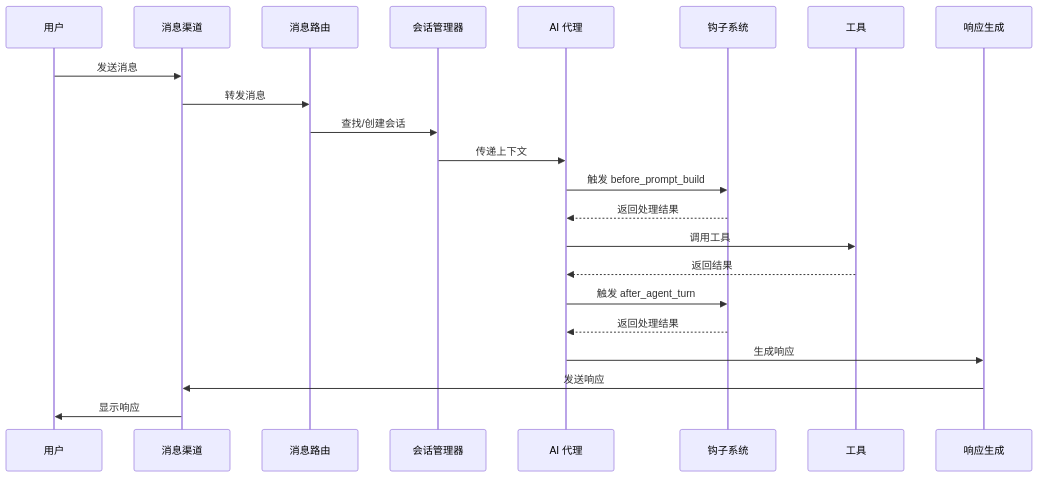
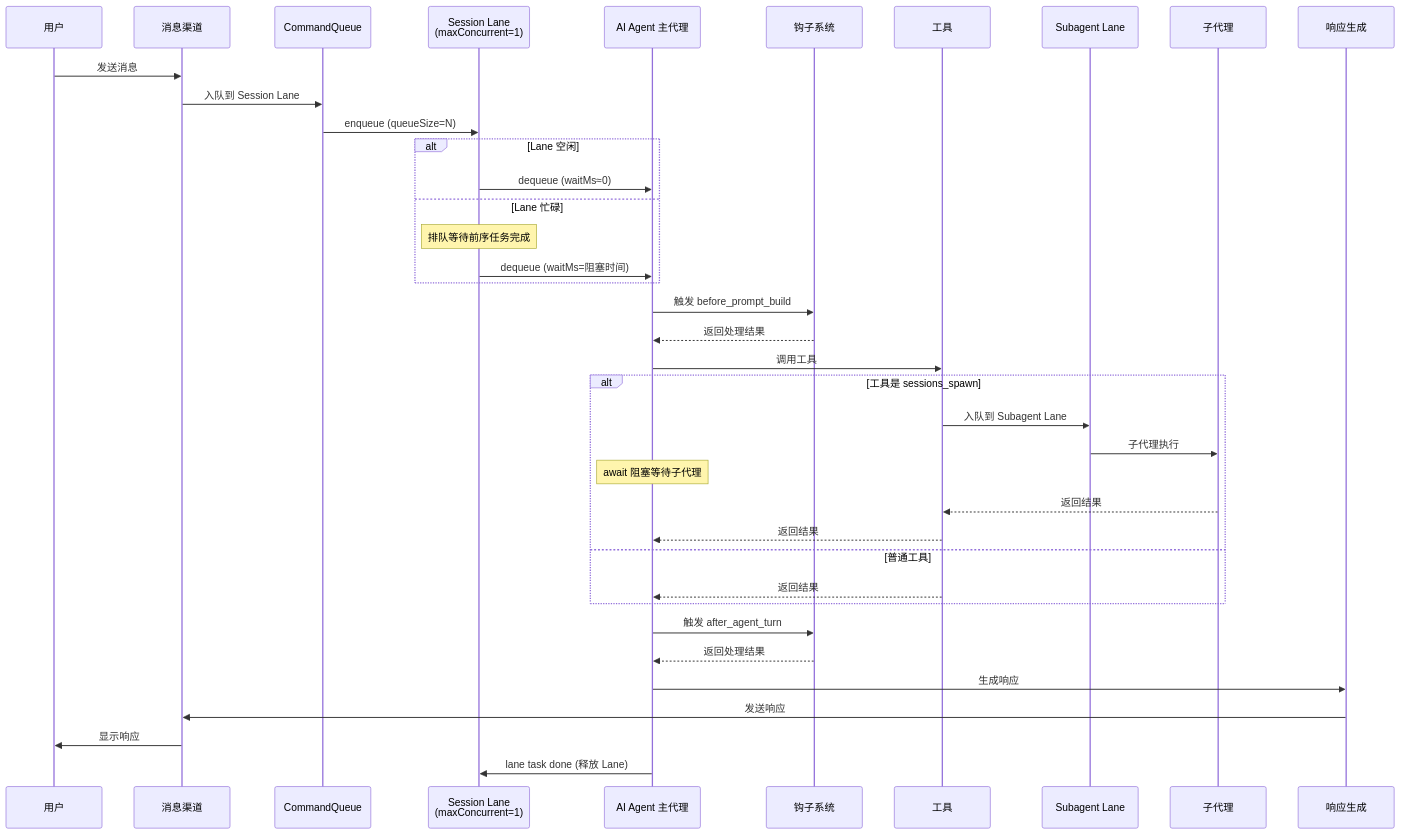
Before and after one commit to winfyliu/openclaw: the third of 17 diagrams in docs/ARCHITECTURE.md, drawn with Mermaid. The commit also changed other lines of this file and 12 other files, not shown here.

````diff
--- a/docs/ARCHITECTURE.md
+++ b/docs/ARCHITECTURE.md
@@ -559,25 +656,45 @@
 ```mermaid
 sequenceDiagram
     participant User as 用户
     participant Channel as 消息渠道
-    participant Router as 消息路由
-    participant Session as 会话管理器
-    participant Agent as AI 代理
+    participant CQ as CommandQueue
+    participant Lane as Session Lane<br/>(maxConcurrent=1)
+    participant Agent as AI Agent 主代理
     participant Hook as 钩子系统
     participant Tool as 工具
+    participant SubLane as Subagent Lane
+    participant SubAgent as 子代理
     participant Response as 响应生成
     
     User->>Channel: 发送消息
-    Channel->>Router: 转发消息
-    Router->>Session: 查找/创建会话
-    Session->>Agent: 传递上下文
+    Channel->>CQ: 入队到 Session Lane
+    CQ->>Lane: enqueue (queueSize=N)
+    
+    alt Lane 空闲
+        Lane->>Agent: dequeue (waitMs≈0)
+    else Lane 忙碌
+        Note over Lane: 排队等待前序任务完成
+        Lane->>Agent: dequeue (waitMs=阻塞时间)
+    end
+    
     Agent->>Hook: 触发 before_prompt_build
     Hook-->>Agent: 返回处理结果
     Agent->>Tool: 调用工具
-    Tool-->>Agent: 返回结果
+    
+    alt 工具是 sessions_spawn
+        Tool->>SubLane: 入队到 Subagent Lane
+        SubLane->>SubAgent: 子代理执行
+        Note over Agent: await 阻塞等待子代理
+        SubAgent-->>Tool: 返回结果
+        Tool-->>Agent: 返回结果
+    else 普通工具
+        Tool-->>Agent: 返回结果
+    end
+    
     Agent->>Hook: 触发 after_agent_turn
     Hook-->>Agent: 返回处理结果
     Agent->>Response: 生成响应
     Response->>Channel: 发送响应
     Channel->>User: 显示响应
+    Agent->>Lane: lane task done (释放 Lane)
 ```
````
